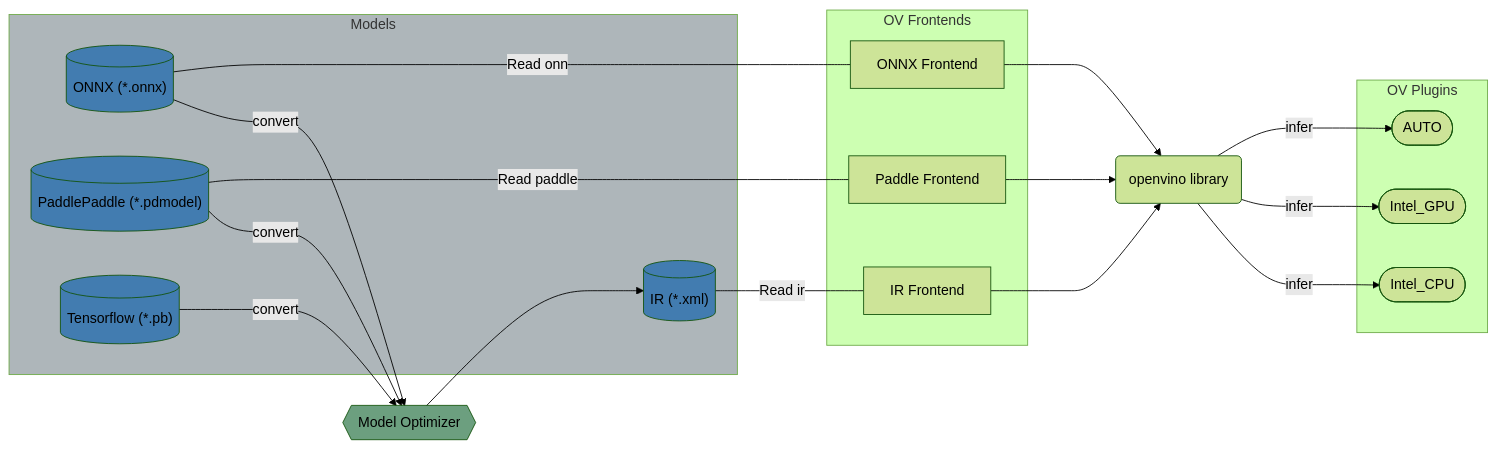
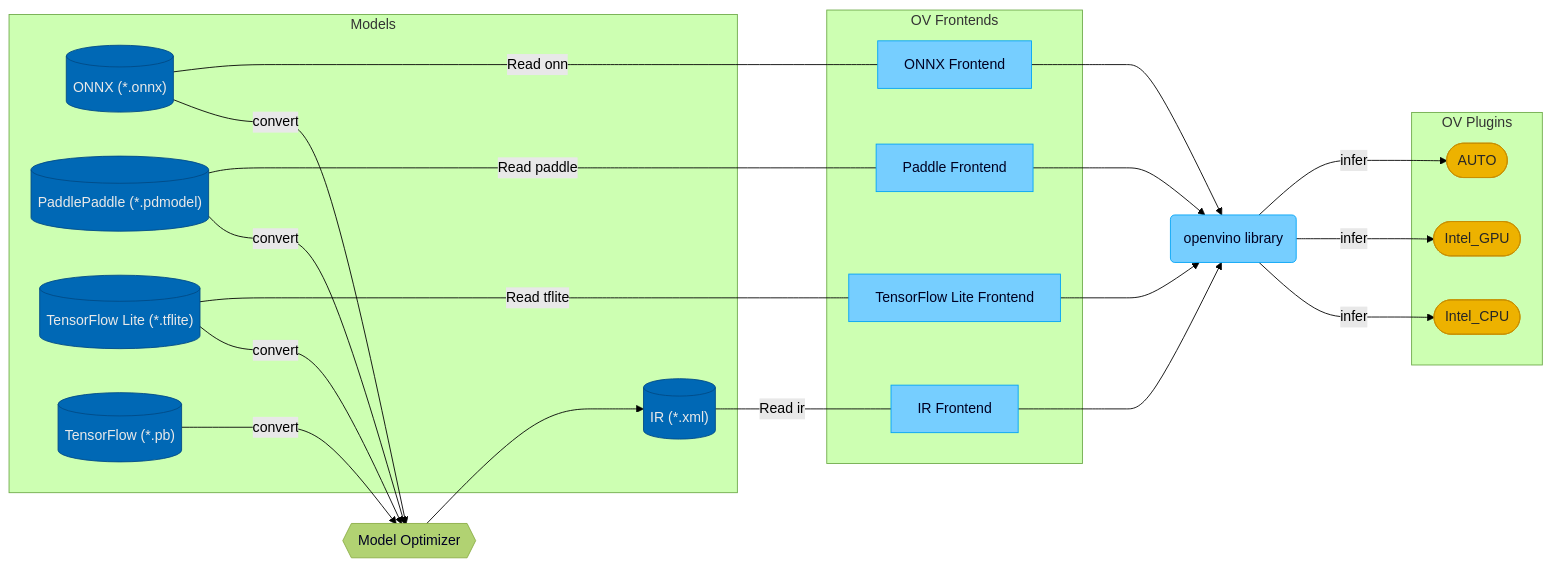
One commit to openvinotoolkit/openvino changed the diagram in docs/dev/index.md. Above: the diagram before and after it, drawn with Mermaid (forest theme).

Commit message:
[DOCS] TensorFlow Lite FrontEnd updating dev docs (#17225)
* update with tflite

* Update index.md

---------

````diff
--- a/docs/dev/index.md
+++ b/docs/dev/index.md
@@ -7,49 +7,55 @@
 ```mermaid
 flowchart LR
     subgraph models [Models]
         ir[("IR (*.xml)")]
         onnx[("ONNX (*.onnx)")]
         paddle[("PaddlePaddle (*.pdmodel)")]
-        tf[("Tensorflow (*.pb)")]
-        
-        style ir fill:#427cb0
-        style onnx fill:#427cb0
-        style paddle fill:#427cb0
-        style tf fill:#427cb0
-        
-        style models fill:#aeb6ba
-        
+        tflite[("TensorFlow Lite (*.tflite)")]
+        tf[("TensorFlow (*.pb)")]
+        classDef blue3 fill:#0068B5, stroke: #004A86, color: #E9E9E9
+        class ir,onnx,paddle,tflite,tf blue3
+       
         click onnx "https://github.com/onnx/onnx"
     end
     
     mo{{Model Optimizer}}
-    
-    style mo fill:#6c9f7f
+    classDef mos fill:#B1D272, stroke: #8BAE46, color: #000022
+    class mo mos
     
     onnx--convert--->mo
     paddle--convert--->mo
+    tflite--convert--->mo
     tf--convert--->mo
     mo--->ir
     
     subgraph plugins [OV Plugins]
         auto(["AUTO"])
         cpu(["Intel_CPU"])
         gpu(["Intel_GPU"])
+        classDef daisy3 fill:#EDB200, stroke: #C98F00, color: #262626
+        class auto,cpu,gpu daisy3
     end
     subgraph frontends [OV Frontends]
         ir_fe["IR Frontend"]
         onnx_fe["ONNX Frontend"]
+        tflite_fe["TensorFlow Lite Frontend"]
         paddle_fe["Paddle Frontend"]
+        classDef blue1 fill:#76CEFF, stroke: #00A3F6, color: #000022
+        class ir_fe,onnx_fe,tflite_fe,paddle_fe blue1
     end
     openvino(openvino library)
     ir--Read ir---ir_fe
     onnx--Read onnx--- onnx_fe
     paddle--Read paddle---paddle_fe
+    tflite--Read tflite---tflite_fe
     ir_fe--->openvino
     onnx_fe--->openvino
     paddle_fe--->openvino
+    tflite_fe--->openvino
     
     openvino--infer--->cpu
     openvino--infer--->gpu
     openvino--infer--->auto
+    classDef blue1 fill:#76CEFF, stroke: #00A3F6, color: #000022
+    class openvino blue1
 ```
````
